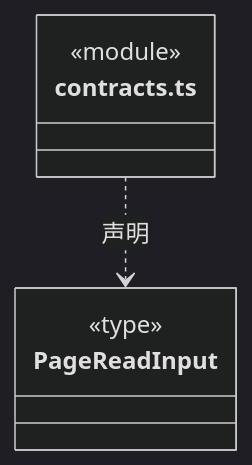
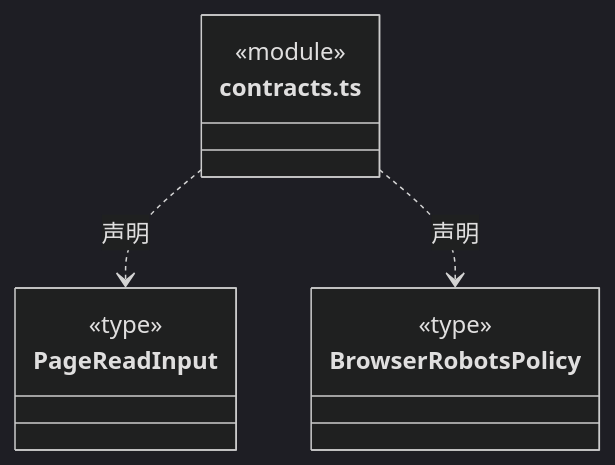
One commit to nan023062/cbim changed the fourth of 15 diagrams in src/foundations/web/ARCHITECTURE.md. Above: the diagram before and after it, drawn with Mermaid (dark theme). The commit also changed other lines of this file and 33 other files, not shown here.

Commit message:
feat: configure browser robots policy and read Saltline natively

````diff
--- a/src/foundations/web/ARCHITECTURE.md
+++ b/src/foundations/web/ARCHITECTURE.md
@@ -48,11 +74,16 @@
 ```mermaid
 classDiagram
 class N_src_foundations_web_contracts_ts["contracts.ts"] {
   <<module>>
 }
 class N_src_foundations_web_contracts_ts_PageReadInput["PageReadInput"] {
   <<type>>
 
 }
 N_src_foundations_web_contracts_ts ..> N_src_foundations_web_contracts_ts_PageReadInput : 声明
+class N_src_foundations_web_contracts_ts_BrowserRobotsPolicy["BrowserRobotsPolicy"] {
+  <<type>>
+
+}
+N_src_foundations_web_contracts_ts ..> N_src_foundations_web_contracts_ts_BrowserRobotsPolicy : 声明
 ```
````
